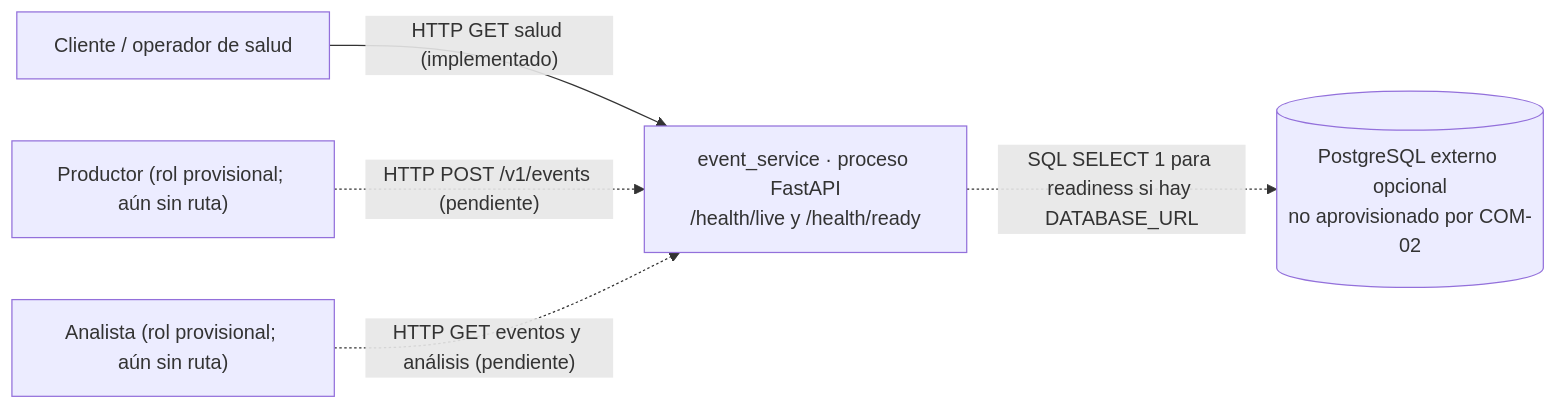
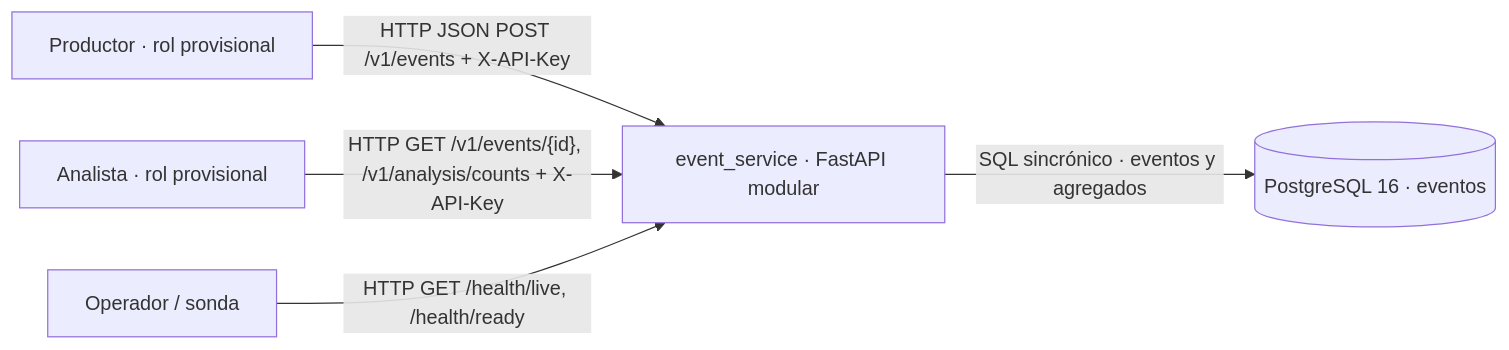
Before and after one commit to marchelo23/Proyecto-Final-Metricas-y-DevOps: the diagram in docs/arquitectura/contexto.md, drawn with Mermaid. The commit also changed other lines of this file and 11 other files, not shown here.

````diff
--- a/docs/arquitectura/contexto.md
+++ b/docs/arquitectura/contexto.md
@@ -5,13 +5,7 @@
 ```mermaid
 flowchart LR
-    observer["Cliente / operador de salud"]
-    producer["Productor (rol provisional; aún sin ruta)"]
-    analyst["Analista (rol provisional; aún sin ruta)"]
-    app["event_service · proceso FastAPI<br/>/health/live y /health/ready"]
-    db[("PostgreSQL externo opcional<br/>no aprovisionado por COM-02")]
-
-    observer -->|"HTTP GET salud (implementado)"| app
-    producer -.->|"HTTP POST /v1/events (pendiente)"| app
-    analyst -.->|"HTTP GET eventos y análisis (pendiente)"| app
-    app -.->|"SQL SELECT 1 para readiness si hay DATABASE_URL"| db
+    producer["Productor · rol provisional"] -->|"HTTP JSON POST /v1/events + X-API-Key"| app
+    analyst["Analista · rol provisional"] -->|"HTTP GET /v1/events/{id}, /v1/analysis/counts + X-API-Key"| app
+    operator["Operador / sonda"] -->|"HTTP GET /health/live, /health/ready"| app
+    app["event_service · FastAPI modular"] -->|"SQL sincrónico · eventos y agregados"| db[("PostgreSQL 16 · eventos")]
 ```
````
